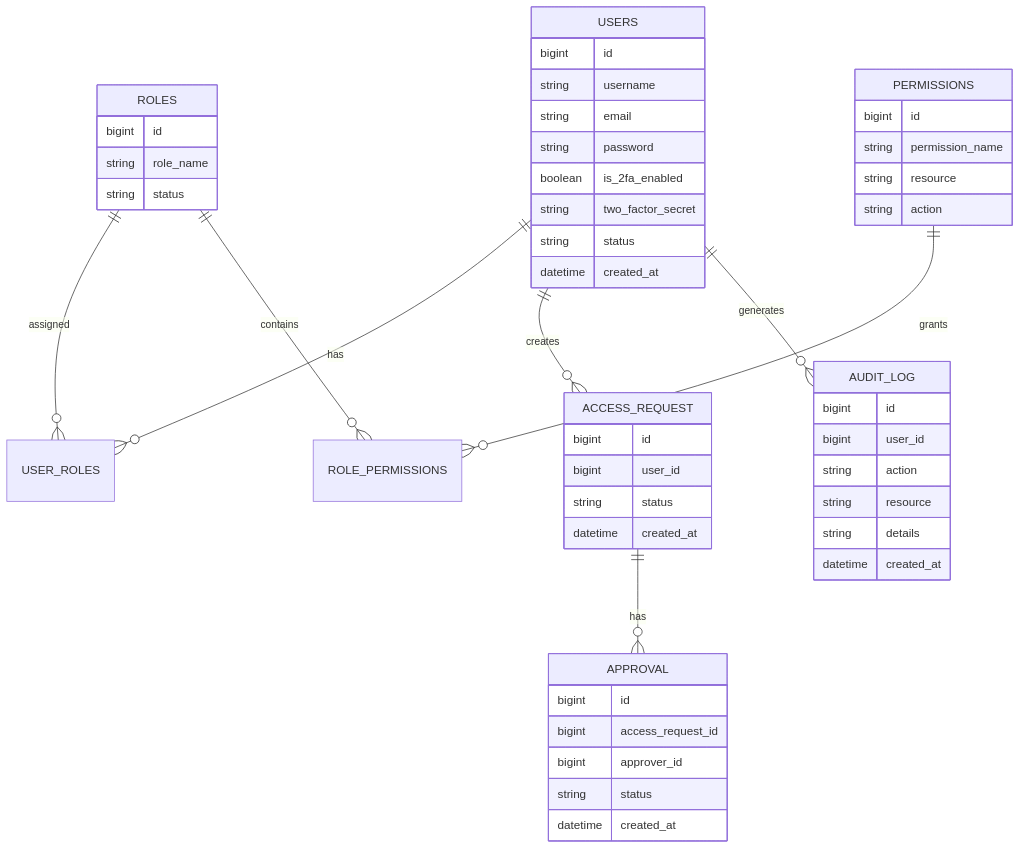
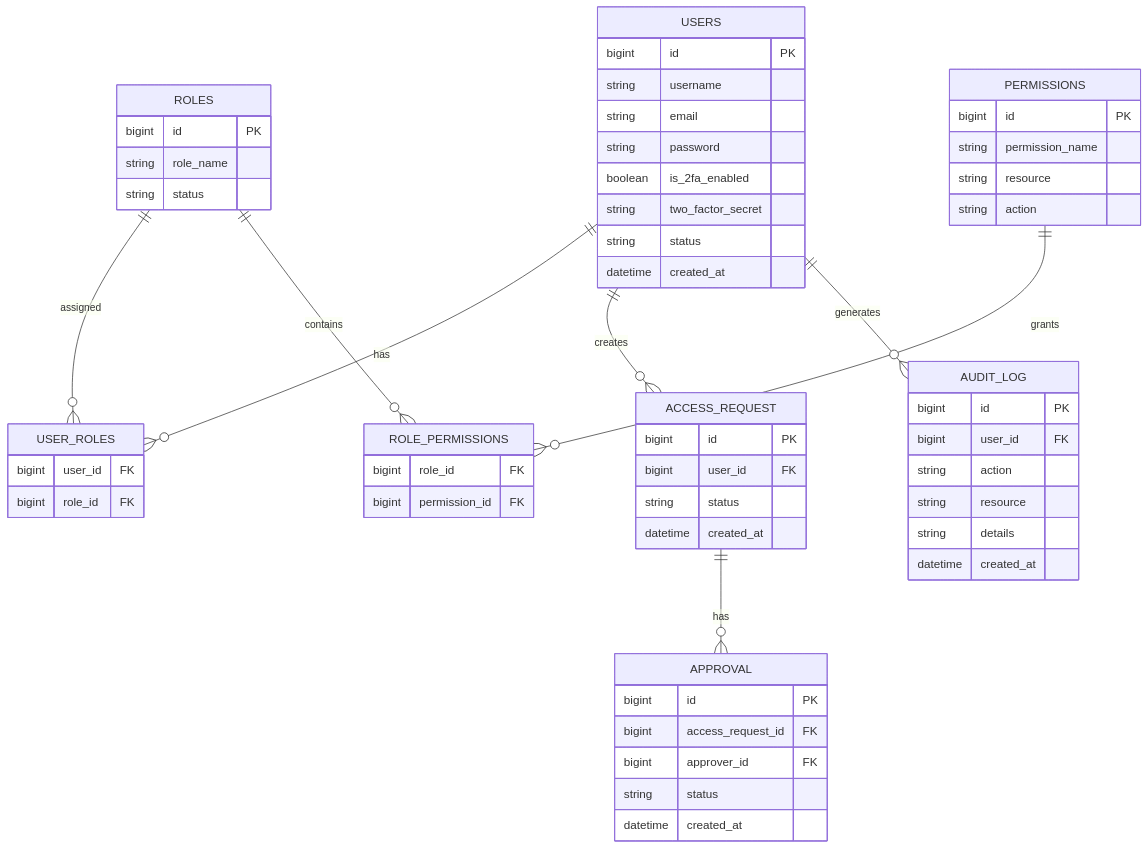
Diagram 20 of 29 in README.md (MotionPrograming/AuthorizationManagementSystem), drawn with Mermaid before and after one commit. The commit also changed other lines of this file, not shown here.

````diff
--- a/README.md
+++ b/README.md
@@ -899,61 +870,70 @@
 ```mermaid
 erDiagram
-
-USERS ||--o{ USER_ROLES : has
-ROLES ||--o{ USER_ROLES : assigned
-ROLES ||--o{ ROLE_PERMISSIONS : contains
-PERMISSIONS ||--o{ ROLE_PERMISSIONS : grants
-
-USERS ||--o{ ACCESS_REQUEST : creates
-ACCESS_REQUEST ||--o{ APPROVAL : has
-
-USERS ||--o{ AUDIT_LOG : generates
-
-USERS {
-bigint id
-string username
-string email
-string password
-boolean is_2fa_enabled
-string two_factor_secret
-string status
-datetime created_at
-}
-
-ROLES {
-bigint id
-string role_name
-string status
-}
-
-PERMISSIONS {
-bigint id
-string permission_name
-string resource
-string action
-}
-
-ACCESS_REQUEST {
-bigint id
-bigint user_id
-string status
-datetime created_at
-}
-
-APPROVAL {
-bigint id
-bigint access_request_id
-bigint approver_id
-string status
-datetime created_at
-}
-
-AUDIT_LOG {
-bigint id
-bigint user_id
-string action
-string resource
-string details
-datetime created_at
-}
+    USERS ||--o{ USER_ROLES : has
+    ROLES ||--o{ USER_ROLES : assigned
+    ROLES ||--o{ ROLE_PERMISSIONS : contains
+    PERMISSIONS ||--o{ ROLE_PERMISSIONS : grants
+    
+    USERS ||--o{ ACCESS_REQUEST : creates
+    ACCESS_REQUEST ||--o{ APPROVAL : has
+    
+    USERS ||--o{ AUDIT_LOG : generates
+    
+    USERS {
+        bigint id PK
+        string username
+        string email
+        string password
+        boolean is_2fa_enabled
+        string two_factor_secret
+        string status
+        datetime created_at
+    }
+    
+    ROLES {
+        bigint id PK
+        string role_name
+        string status
+    }
+    
+    PERMISSIONS {
+        bigint id PK
+        string permission_name
+        string resource
+        string action
+    }
+    
+    USER_ROLES {
+        bigint user_id FK
+        bigint role_id FK
+    }
+    
+    ROLE_PERMISSIONS {
+        bigint role_id FK
+        bigint permission_id FK
+    }
+    
+    ACCESS_REQUEST {
+        bigint id PK
+        bigint user_id FK
+        string status
+        datetime created_at
+    }
+    
+    APPROVAL {
+        bigint id PK
+        bigint access_request_id FK
+        bigint approver_id FK
+        string status
+        datetime created_at
+    }
+    
+    AUDIT_LOG {
+        bigint id PK
+        bigint user_id FK
+        string action
+        string resource
+        string details
+        datetime created_at
+    }
 ```
````
